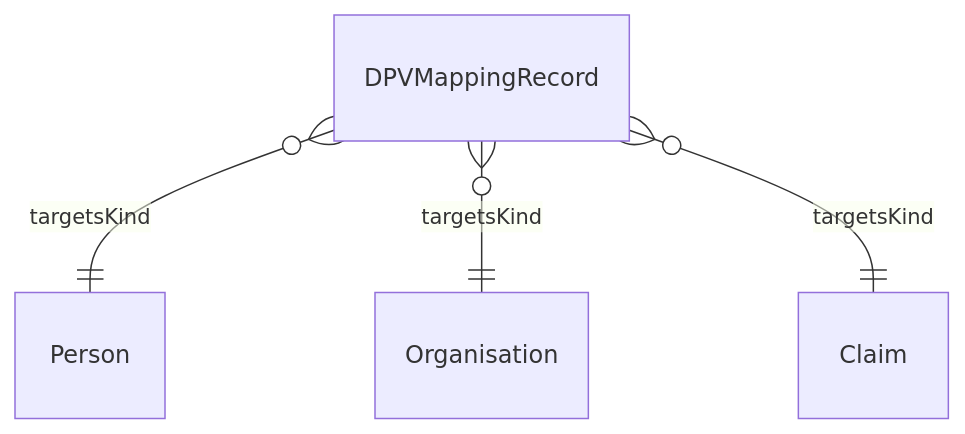
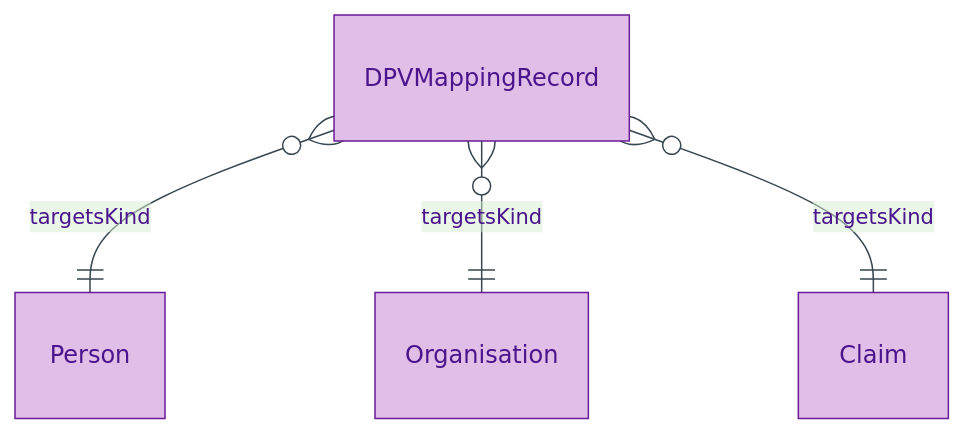
One commit to sparkling/opda changed the diagram in docs/manual/logical/governance/dpv-mapping-record.md. Above: the diagram before and after it, drawn with Mermaid. The commit also changed other lines of this file and 179 other files, not shown here.

First line of the commit message:
docs(manual): Logical-tier diagram expansion via /diagramming skill

````diff
--- a/docs/manual/logical/governance/dpv-mapping-record.md
+++ b/docs/manual/logical/governance/dpv-mapping-record.md
@@ -34,6 +39,10 @@
 ```mermaid
+%%{init: {"theme": "base", "themeVariables": {"primaryColor": "#E1BEE7", "primaryTextColor": "#4A148C", "primaryBorderColor": "#6A1B9A", "lineColor": "#37474F"}}}%%
 erDiagram
+    accTitle: DPVMappingRecord — Entity-Relationship Diagram
+    accDescr: DPVMappingRecord — targets Person, Organisation, or Claim Kinds with a DPV-PD baseline personal-data category.
+
     DPVMappingRecord }o--|| Person : "targetsKind"
     DPVMappingRecord }o--|| Organisation : "targetsKind"
     DPVMappingRecord }o--|| Claim : "targetsKind"
 ```
````
